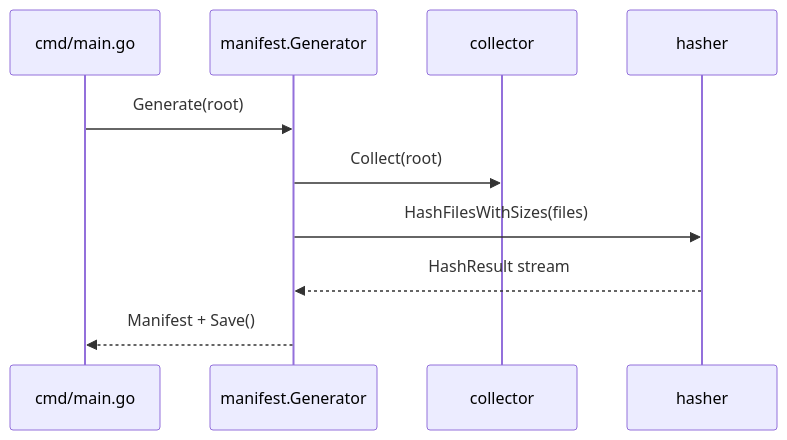
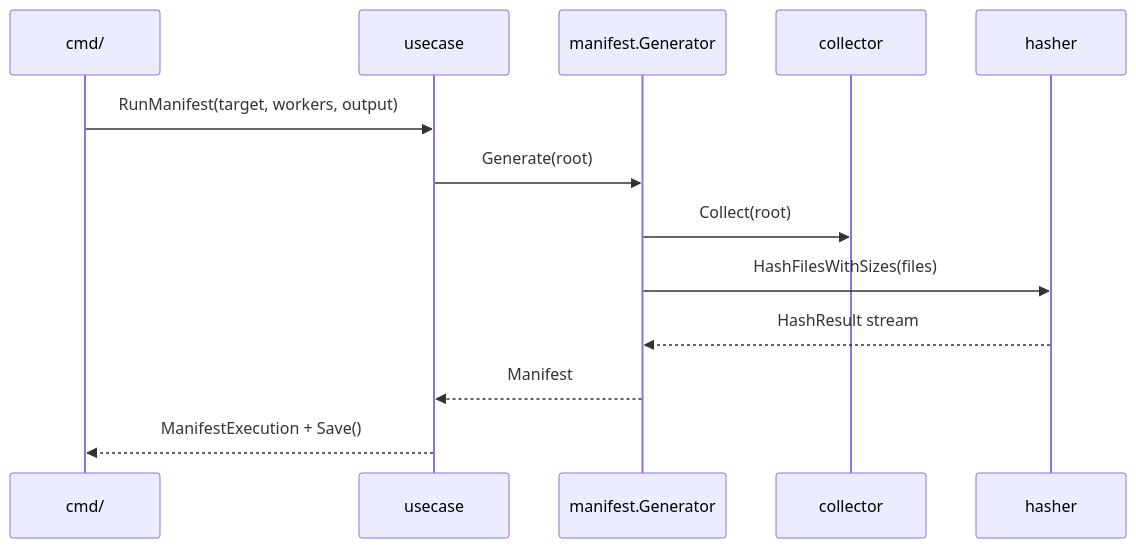
The fifth of 5 diagrams in docs/ARCHITECTURE.md (haapjari/btidy), drawn with Mermaid before and after one commit. The commit also changed other lines of this file and 7 other files, not shown here.

Commit message:
refactor(cmd): extract command-line workflow orchestration into usecase service layer

````diff
--- a/docs/ARCHITECTURE.md
+++ b/docs/ARCHITECTURE.md
@@ -140,13 +151,16 @@
 ```mermaid
 sequenceDiagram
-  participant CLI as cmd/main.go
+  participant CLI as cmd/
+  participant U as usecase
   participant M as manifest.Generator
   participant C as collector
   participant H as hasher
 
-  CLI->>M: Generate(root)
+  CLI->>U: RunManifest(target, workers, output)
+  U->>M: Generate(root)
   M->>C: Collect(root)
   M->>H: HashFilesWithSizes(files)
   H-->>M: HashResult stream
-  M-->>CLI: Manifest + Save()
+  M-->>U: Manifest
+  U-->>CLI: ManifestExecution + Save()
 ```
````
